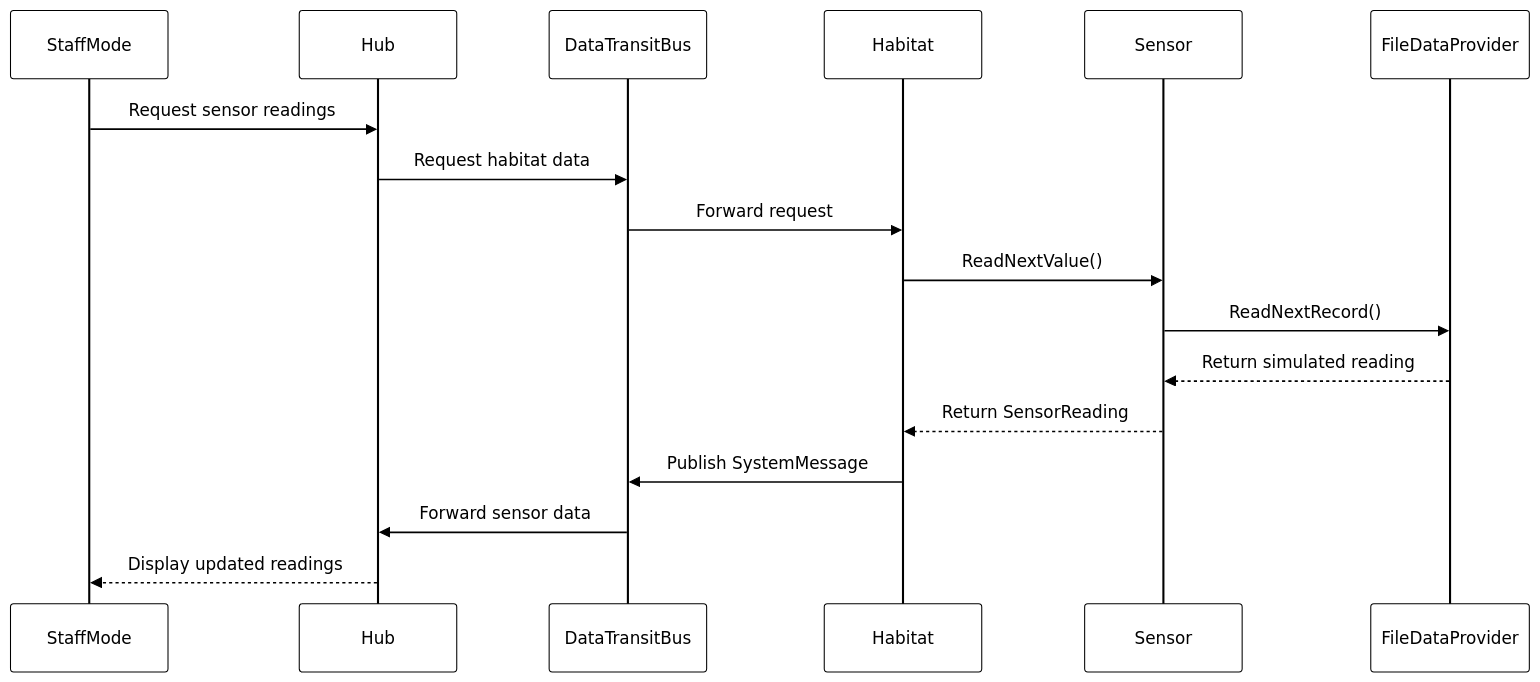
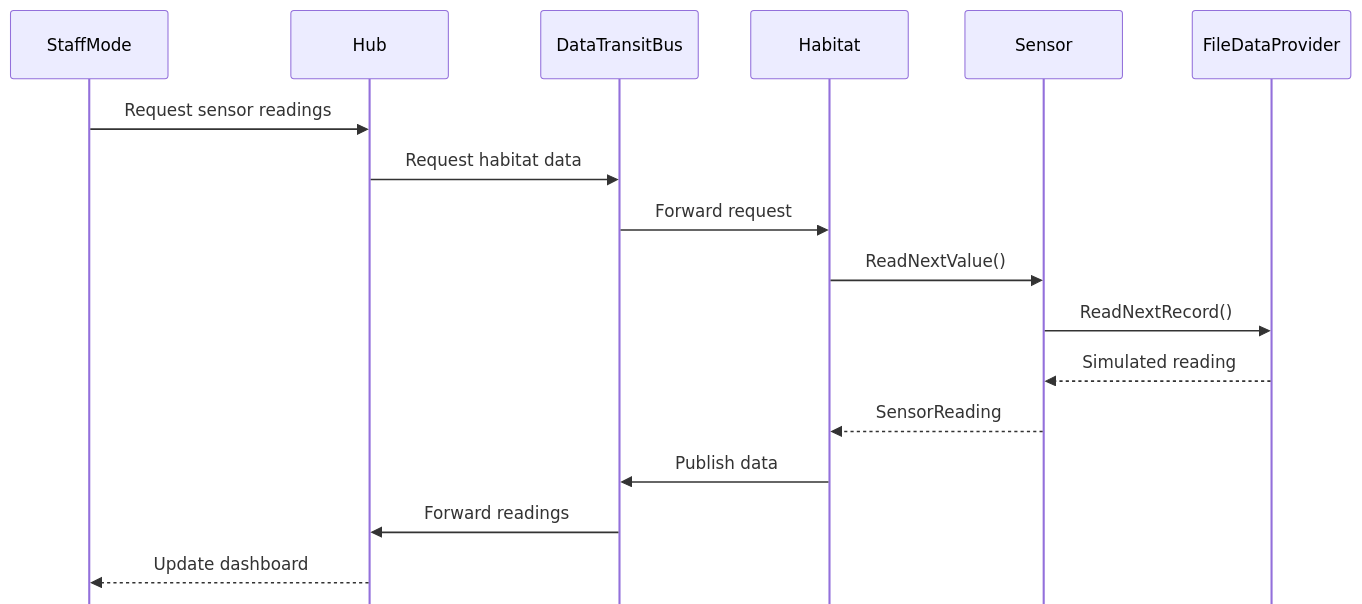
The third of 3 diagrams in README.md (FabioBust/CSCN72030-Sec1-Group7), drawn with Mermaid before and after one commit.

Commit message:
Update sequence diagram in README.md

````diff
--- a/README.md
+++ b/README.md
@@ -328,22 +328,23 @@
 ```mermaid
-%%{init: {"theme": "base", "themeVariables": {"background": "#ffffff", "actorBkg": "#ffffff", "actorBorder": "#000000", "actorTextColor": "#000000", "actorLineColor": "#000000", "signalColor": "#000000", "signalTextColor": "#000000", "labelBoxBkgColor": "#ffffff", "labelBoxBorderColor": "#000000", "loopTextColor": "#000000", "noteBkgColor": "#ffffff", "noteBorderColor": "#000000"}}}%%
 
+%%{init: {"sequence": {"mirrorActors": false}}}%%
 sequenceDiagram
     participant Staff as StaffMode
     participant Hub
     participant Bus as DataTransitBus
     participant Habitat
     participant Sensor
     participant File as FileDataProvider
 
     Staff->>Hub: Request sensor readings
     Hub->>Bus: Request habitat data
     Bus->>Habitat: Forward request
     Habitat->>Sensor: ReadNextValue()
     Sensor->>File: ReadNextRecord()
-    File-->>Sensor: Return simulated reading
-    Sensor-->>Habitat: Return SensorReading
-    Habitat->>Bus: Publish SystemMessage
-    Bus->>Hub: Forward sensor data
-    Hub-->>Staff: Display updated readings
+    File-->>Sensor: Simulated reading
+    Sensor-->>Habitat: SensorReading
+    Habitat->>Bus: Publish data
+    Bus->>Hub: Forward readings
+    Hub-->>Staff: Update dashboard
+
 ```
````
